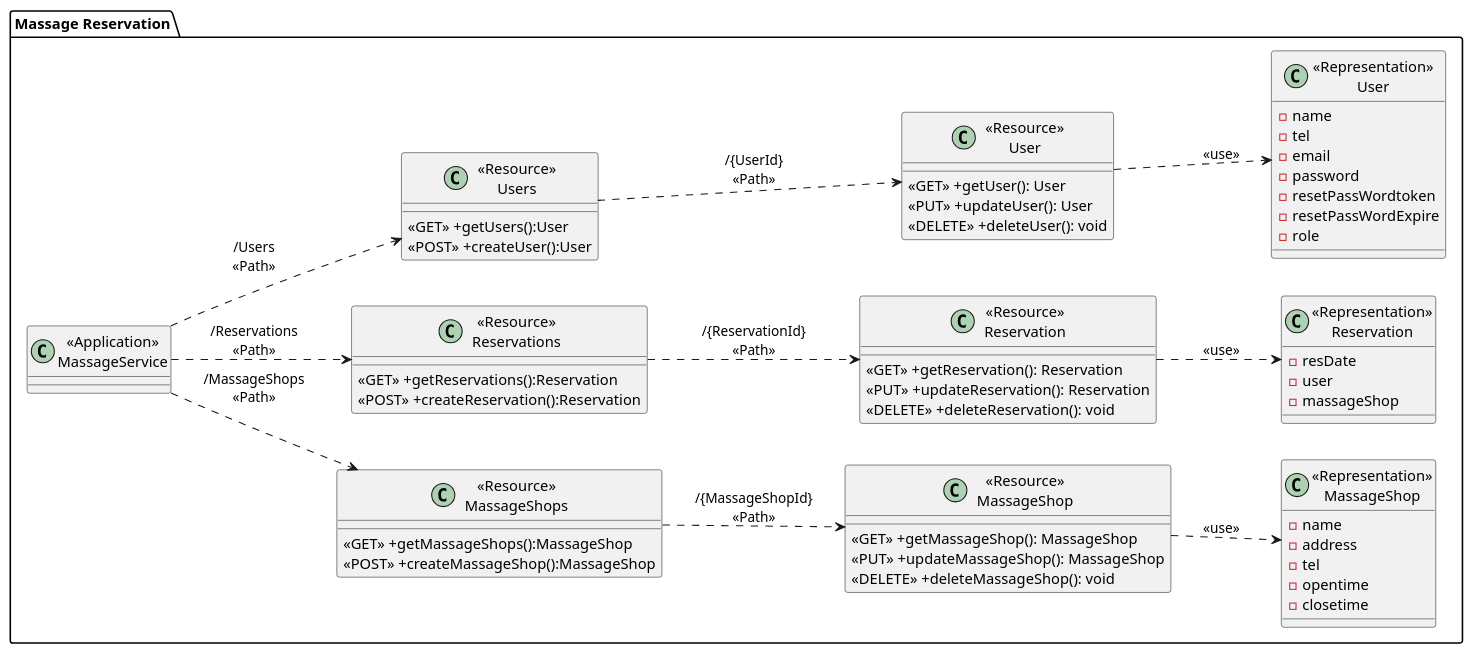
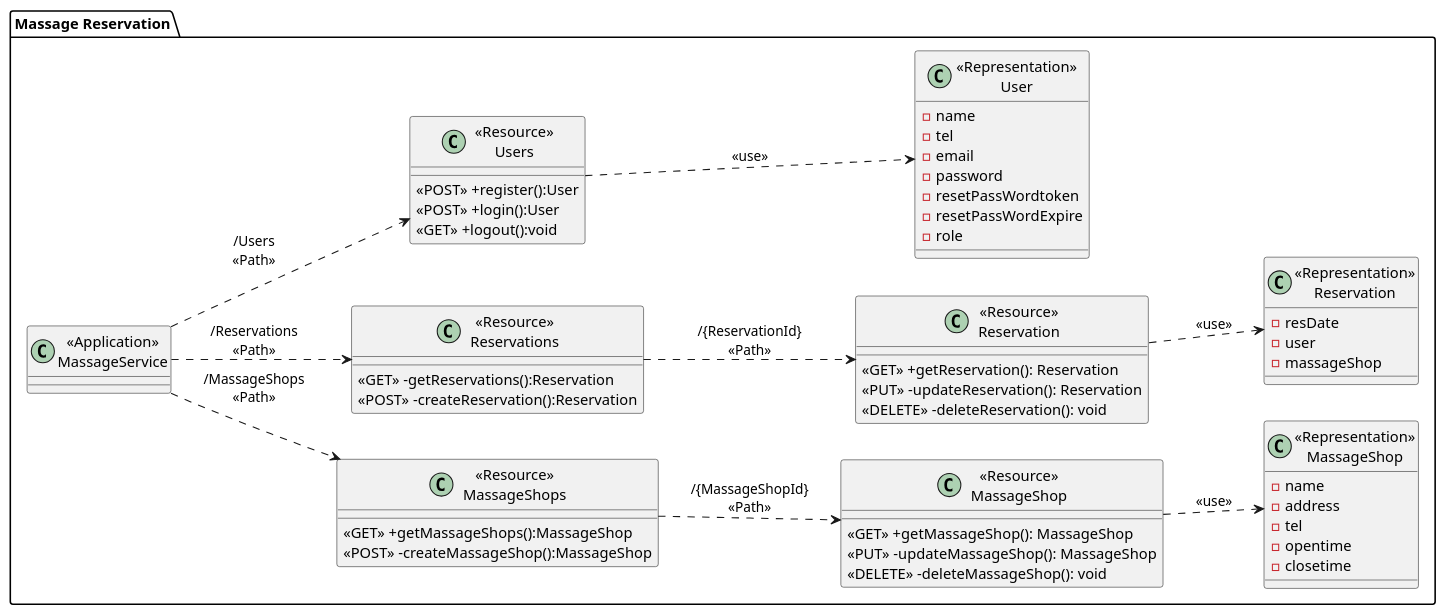
One commit to 2110503TACEDT66/presentation-day-1-dale-mai-mi-chip changed the diagram in class_diagram/massageReservationClass.puml. Above: the diagram before and after it, drawn with PlantUML. The commit also changed 1 other file, not shown here.

Commit message:
fix class diagram

```diff
--- a/class_diagram/massageReservationClass.puml
+++ b/class_diagram/massageReservationClass.puml
@@ -1,78 +1,72 @@
 @startuml
 left to right direction
 package "Massage Reservation"{
     class "<<Application>>\nMassageService" as MassageService{}
 
     
     class "<<Resource>>\nMassageShops" as ResourceMassageShops{
         <<GET>> +getMassageShops():MassageShop
-        <<POST>> +createMassageShop():MassageShop
+        <<POST>> -createMassageShop():MassageShop
     }
 
     class "<<Resource>>\nMassageShop" as ResourceMassageShop {
         <<GET>> +getMassageShop(): MassageShop
-        <<PUT>> +updateMassageShop(): MassageShop
-        <<DELETE>> +deleteMassageShop(): void
+        <<PUT>> -updateMassageShop(): MassageShop
+        <<DELETE>> -deleteMassageShop(): void
     }
 
     class "<<Representation>>\nMassageShop" as RepresentationMassageShop {
         -name
         -address
         -tel
         -opentime
         -closetime
     }
     
     
     class "<<Resource>>\nReservations" as ResourceReservations{
-        <<GET>> +getReservations():Reservation
-        <<POST>> +createReservation():Reservation
+        <<GET>> -getReservations():Reservation
+        <<POST>> -createReservation():Reservation
     }
 
     class "<<Resource>>\nReservation" as ResourceReservation {
         <<GET>> +getReservation(): Reservation
-        <<PUT>> +updateReservation(): Reservation
-        <<DELETE>> +deleteReservation(): void
+        <<PUT>> -updateReservation(): Reservation
+        <<DELETE>> -deleteReservation(): void
     }
 
     class "<<Representation>>\nReservation" as RepresentationReservation {
         -resDate
         -user
         -massageShop
     }
 
 
     class "<<Resource>>\nUsers" as ResourceUsers{
-        <<GET>> +getUsers():User
-        <<POST>> +createUser():User
-    }
-
-    class "<<Resource>>\nUser" as ResourceUser {
-        <<GET>> +getUser(): User
-        <<PUT>> +updateUser(): User
-        <<DELETE>> +deleteUser(): void
+        <<POST>> +register():User
+        <<POST>> +login():User
+        <<GET>> +logout():void
     }
 
     class "<<Representation>>\nUser" as RepresentationUser {
         -name
         -tel
         -email
         -password
         -resetPassWordtoken
         -resetPassWordExpire
         -role
     }
 }
 MassageService ..> ResourceUsers:"/Users\n<<Path>>"
-ResourceUsers ..> ResourceUser: "/{UserId}\n<<Path>>"
-ResourceUser ..> RepresentationUser: "<<use>>"
+ResourceUsers ..> RepresentationUser: "<<use>>"
 
 MassageService ..> ResourceReservations:"/Reservations\n<<Path>>"
 ResourceReservations ..> ResourceReservation: "/{ReservationId}\n<<Path>>"
 ResourceReservation ..> RepresentationReservation: "<<use>>"
 
 MassageService ..> ResourceMassageShops:"/MassageShops\n<<Path>>"
 ResourceMassageShops ..> ResourceMassageShop: "/{MassageShopId}\n<<Path>>"
 ResourceMassageShop ..> RepresentationMassageShop: "<<use>>"
 
 @enduml
```
